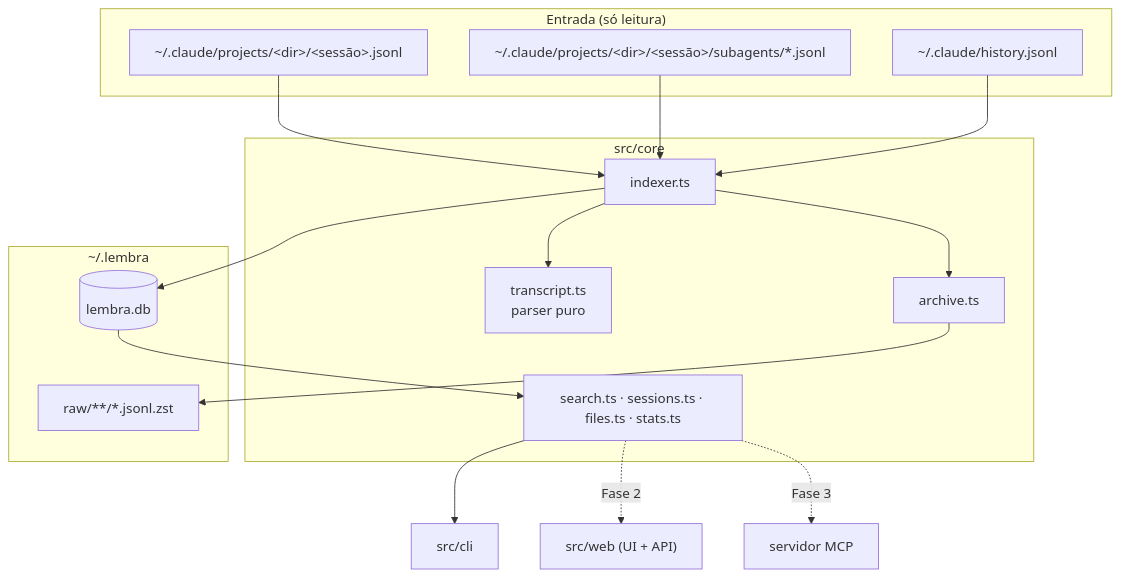
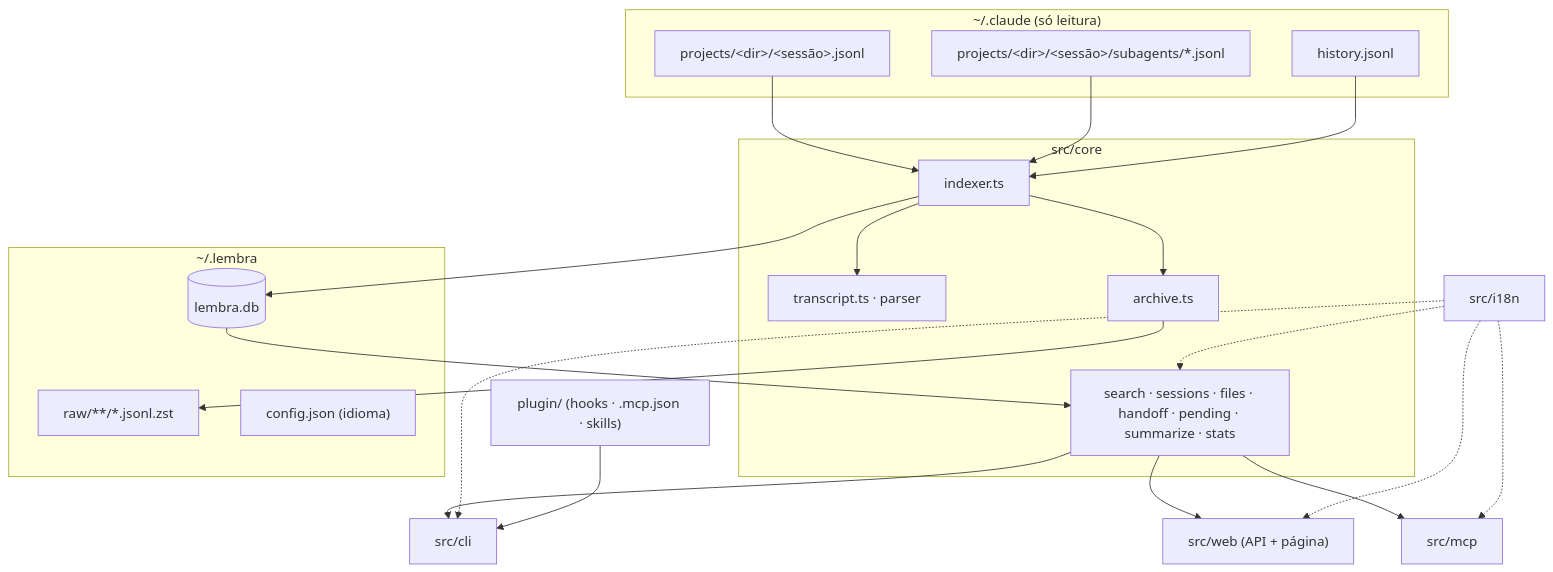
One commit to victorreinor/lembra changed the diagram in docs/architecture.md. Above: the diagram before and after it, drawn with Mermaid. The commit also changed other lines of this file and 10 other files, not shown here.

First line of the commit message:
Document v0.3: English README, i18n guide, updated architecture and roadmap

````diff
--- a/docs/architecture.md
+++ b/docs/architecture.md
@@ -5,26 +5,28 @@
 ```mermaid
 flowchart TB
-  subgraph input["Entrada (só leitura)"]
-    P["~/.claude/projects/&lt;dir&gt;/&lt;sessão&gt;.jsonl"]
-    S["~/.claude/projects/&lt;dir&gt;/&lt;sessão&gt;/subagents/*.jsonl"]
-    H["~/.claude/history.jsonl"]
+  subgraph input["~/.claude (só leitura)"]
+    P["projects/&lt;dir&gt;/&lt;sessão&gt;.jsonl"]
+    S["projects/&lt;dir&gt;/&lt;sessão&gt;/subagents/*.jsonl"]
+    H["history.jsonl"]
   end
   subgraph core["src/core"]
-    T["transcript.ts<br/>parser puro"]
+    T["transcript.ts · parser"]
     I["indexer.ts"]
     A["archive.ts"]
-    Q["search.ts · sessions.ts · files.ts · stats.ts"]
+    Q["search · sessions · files · handoff · pending · summarize · stats"]
   end
   subgraph data["~/.lembra"]
     DB[("lembra.db")]
     RAW["raw/**/*.jsonl.zst"]
+    CFG["config.json (idioma)"]
   end
-  P & S & H --> I
-  I --> T
+  P & S & H --> I --> T
   I --> DB
   I --> A --> RAW
   DB --> Q
   Q --> CLI["src/cli"]
-  Q -. Fase 2 .-> WEB["src/web (UI + API)"]
-  Q -. Fase 3 .-> MCP["servidor MCP"]
+  Q --> WEB["src/web (API + página)"]
+  Q --> MCP["src/mcp"]
+  I18N["src/i18n"] -.-> CLI & WEB & MCP & Q
+  PLUGIN["plugin/ (hooks · .mcp.json · skills)"] --> CLI
 ```
````
